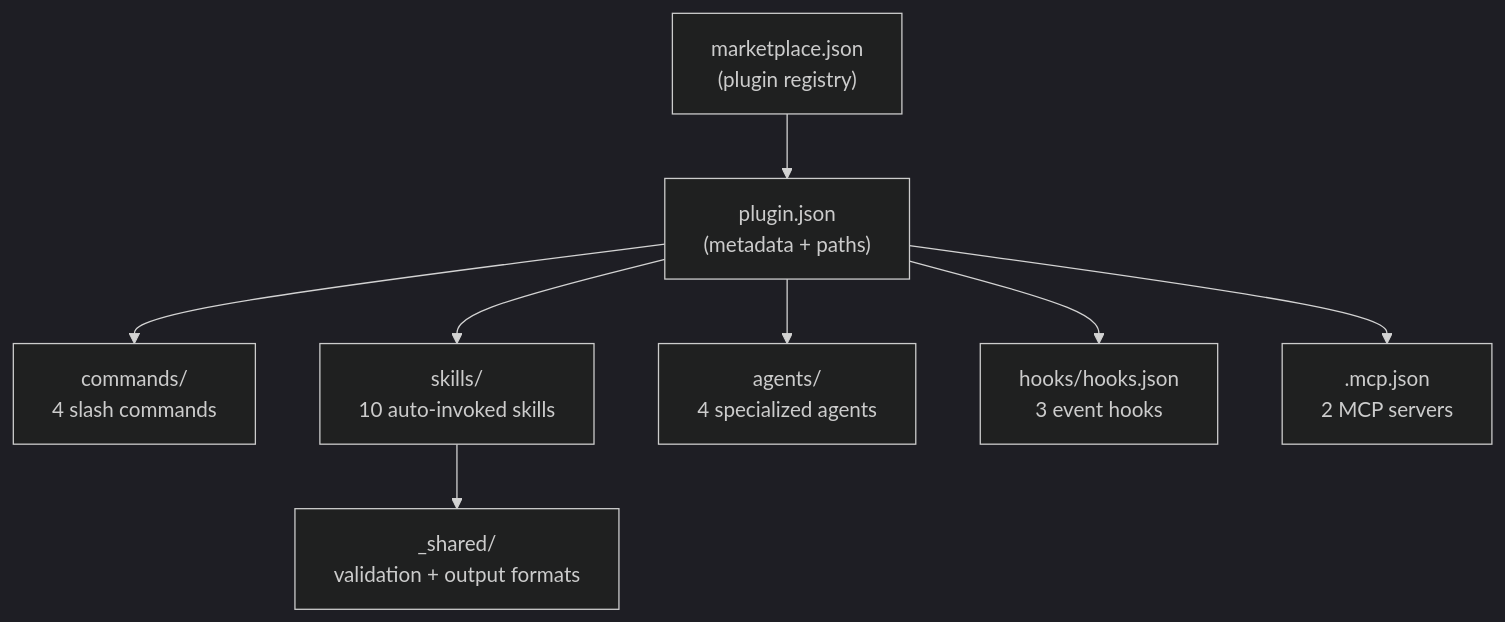
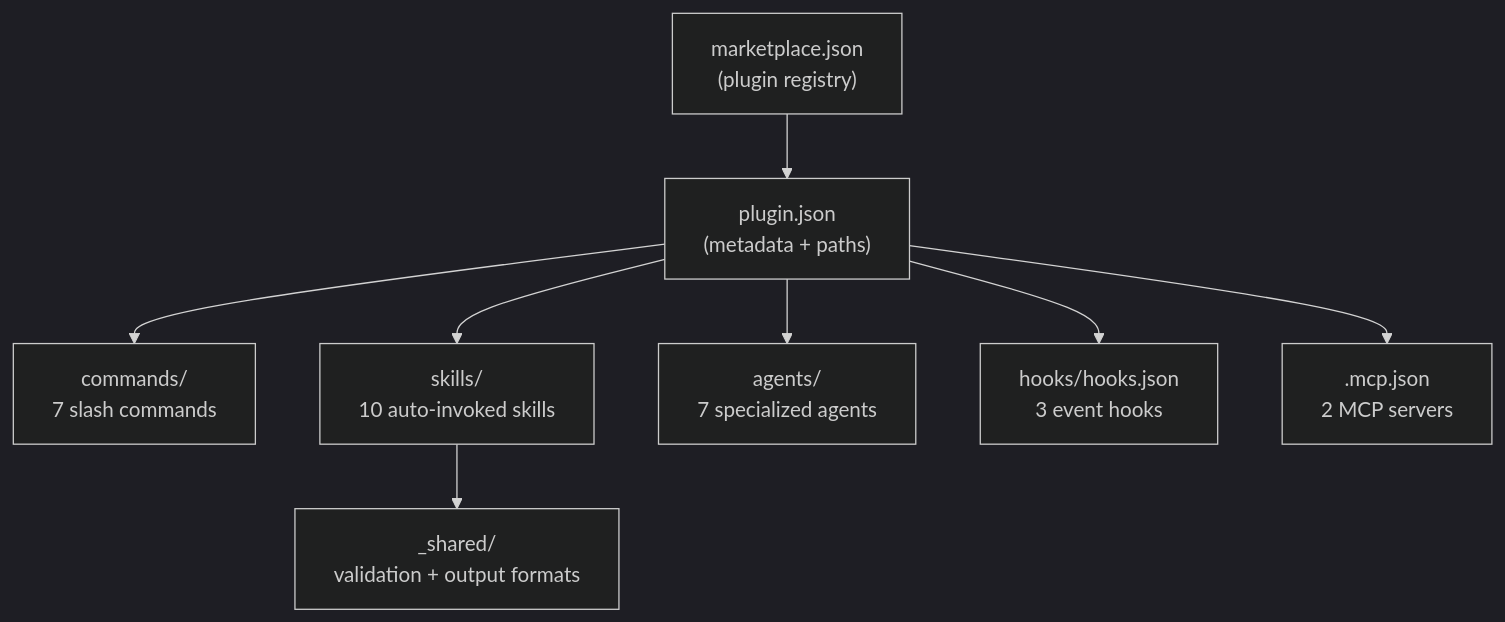
One commit to Brite-Nites/britenites-claude-plugins changed the first of 4 diagrams in ARCHITECTURE.md. Above: the diagram before and after it, drawn with Mermaid (dark theme). The commit also changed other lines of this file, not shown here.

First line of the commit message:
Update ARCHITECTURE.md with v2.0.0 session workflow and agents

````diff
--- a/ARCHITECTURE.md
+++ b/ARCHITECTURE.md
@@ -7,10 +7,10 @@
 ```mermaid
 graph TD
     MP["marketplace.json<br/>(plugin registry)"] --> PJ["plugin.json<br/>(metadata + paths)"]
-    PJ --> CMD["commands/<br/>4 slash commands"]
+    PJ --> CMD["commands/<br/>7 slash commands"]
     PJ --> SKL["skills/<br/>10 auto-invoked skills"]
-    PJ --> AGT["agents/<br/>4 specialized agents"]
+    PJ --> AGT["agents/<br/>7 specialized agents"]
     PJ --> HK["hooks/hooks.json<br/>3 event hooks"]
     PJ --> MCP[".mcp.json<br/>2 MCP servers"]
     SKL --> SH["_shared/<br/>validation + output formats"]
 ```
````
